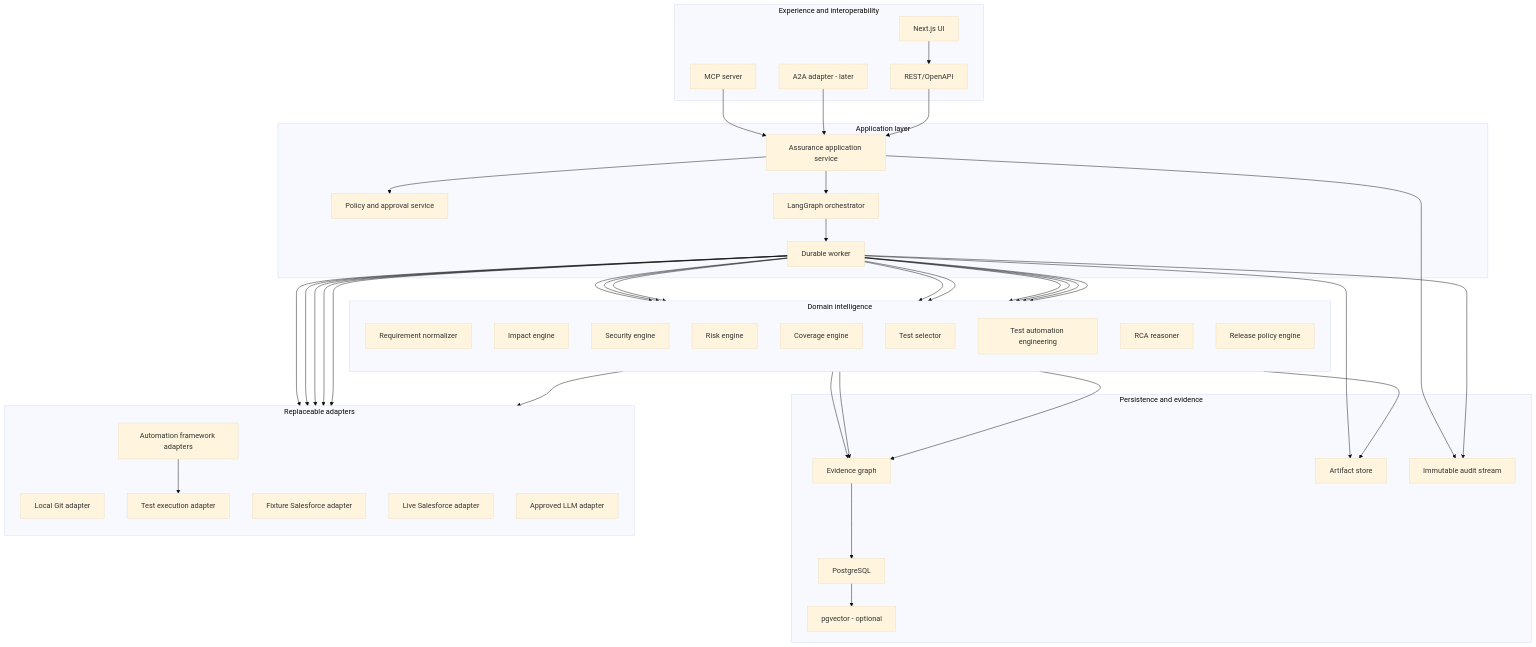
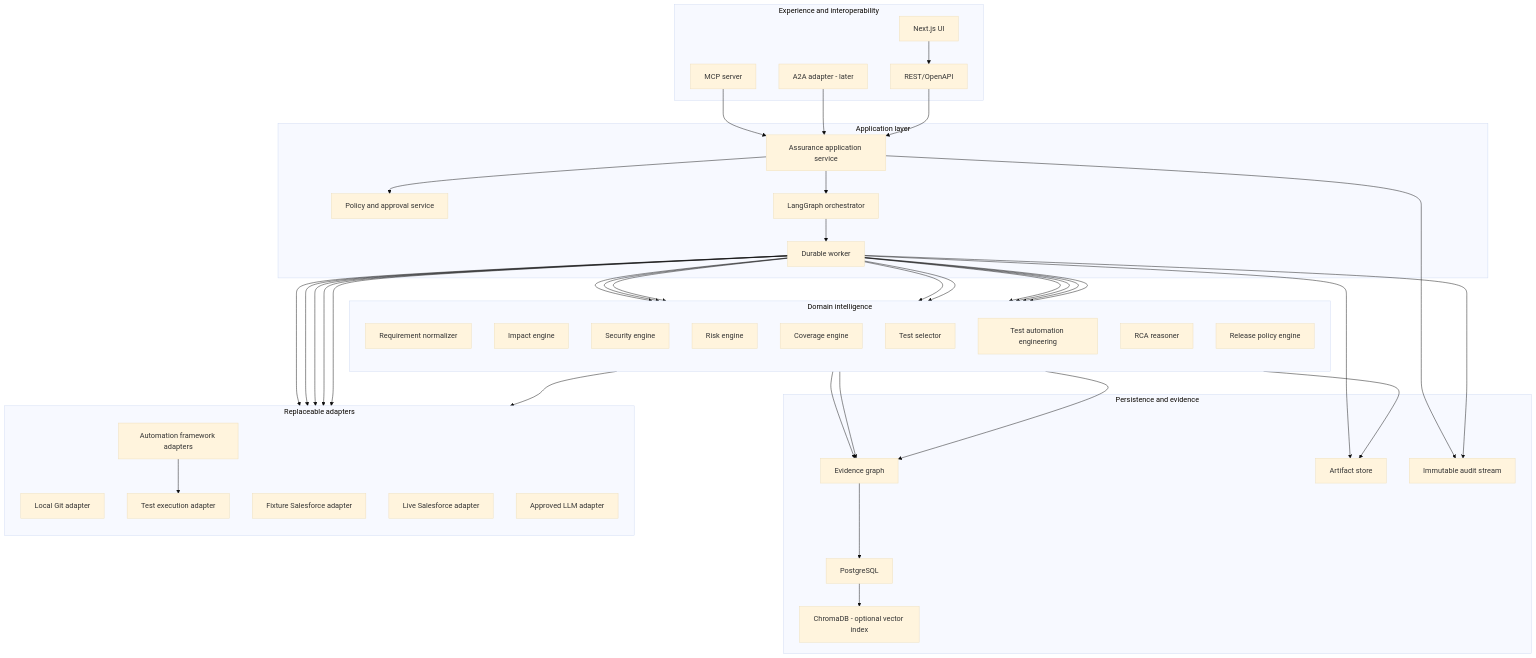
One commit to neelriseai/Neo-SF-Q--Intel changed the second of 7 diagrams in Docs/salesforce-change-assurance-production-solution-design (1).md. Above: the diagram before and after it, drawn with Mermaid (base theme). The commit also changed other lines of this file and 32 other files, not shown here.

````diff
--- a/Docs/salesforce-change-assurance-production-solution-design (1).md
+++ b/Docs/salesforce-change-assurance-production-solution-design (1).md
@@ -165,80 +165,80 @@
 ```mermaid
 flowchart TB
     subgraph Experience["Experience and interoperability"]
       WEB["Next.js UI"]
       REST["REST/OpenAPI"]
       MCP["MCP server"]
       A2A["A2A adapter - later"]
     end
 
     subgraph Application["Application layer"]
       SVC["Assurance application service"]
       AUTHZ["Policy and approval service"]
       ORCH["LangGraph orchestrator"]
       WORKER["Durable worker"]
     end
 
     subgraph Domain["Domain intelligence"]
       direction TB
       INTAKE["Requirement normalizer"]
       IMPACT["Impact engine"]
       SECURITY["Security engine"]
       RISK["Risk engine"]
       COVERAGE["Coverage engine"]
       SELECTOR["Test selector"]
       AUTO["Test automation engineering"]
       RCA["RCA reasoner"]
       RELEASE["Release policy engine"]
     end
 
     subgraph Data["Persistence and evidence"]
       PG["PostgreSQL"]
       GRAPH["Evidence graph"]
       ART["Artifact store"]
-      VECTOR["pgvector - optional"]
+      VECTOR["ChromaDB - optional vector index"]
       AUDIT["Immutable audit stream"]
     end
 
     subgraph Adapters["Replaceable adapters"]
       direction TB
       GITA["Local Git adapter"]
       FIX["Fixture Salesforce adapter"]
       LIVE["Live Salesforce adapter"]
       LLMA["Approved LLM adapter"]
       TESTA["Test execution adapter"]
       FWA["Automation framework adapters"]
     end
 
     WEB --> REST
     MCP --> SVC
     A2A --> SVC
     REST --> SVC
     SVC --> AUTHZ
     SVC --> ORCH
     ORCH --> WORKER
     WORKER --> INTAKE
     WORKER --> IMPACT
     WORKER --> SECURITY
     WORKER --> RISK
     WORKER --> COVERAGE
     WORKER --> SELECTOR
     WORKER --> AUTO
     WORKER --> RCA
     WORKER --> RELEASE
     IMPACT --> GRAPH
     SECURITY --> GRAPH
     AUTO --> GRAPH
     AUTO --> ART
     GRAPH --> PG
     PG --> VECTOR
     WORKER --> ART
     SVC --> AUDIT
     WORKER --> AUDIT
     WORKER --> GITA
     WORKER --> FIX
     WORKER --> LIVE
     WORKER --> LLMA
     WORKER --> TESTA
     AUTO --> FWA
     FWA --> TESTA
 ```
````
